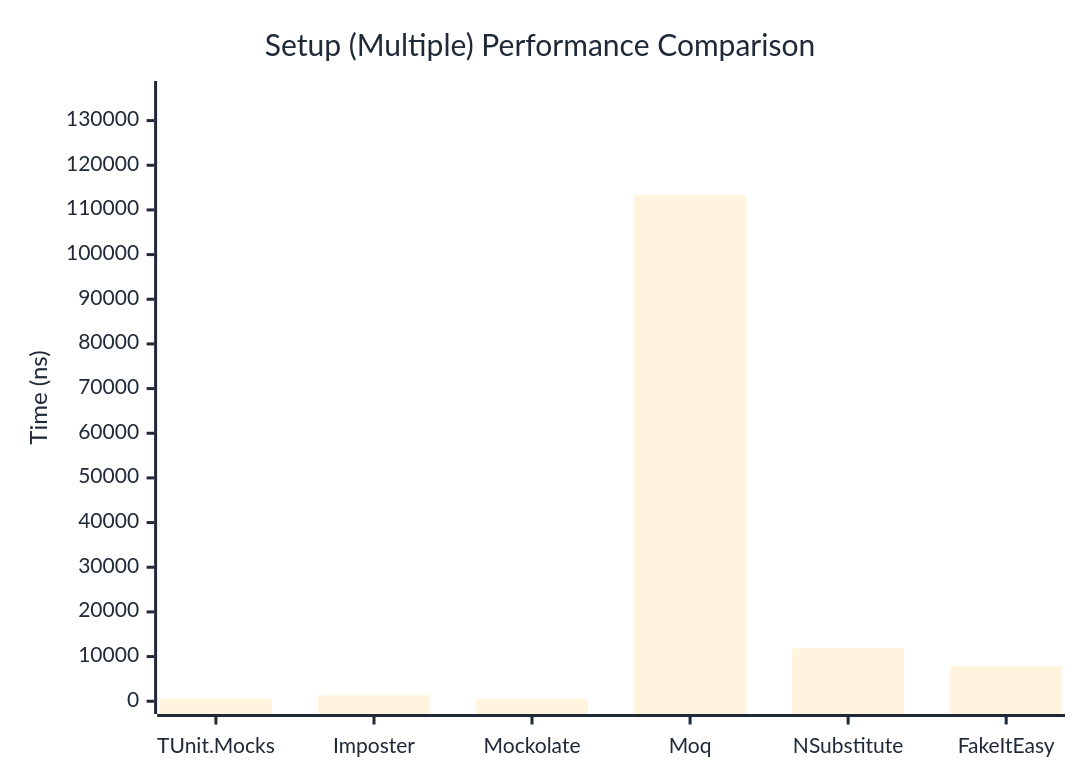
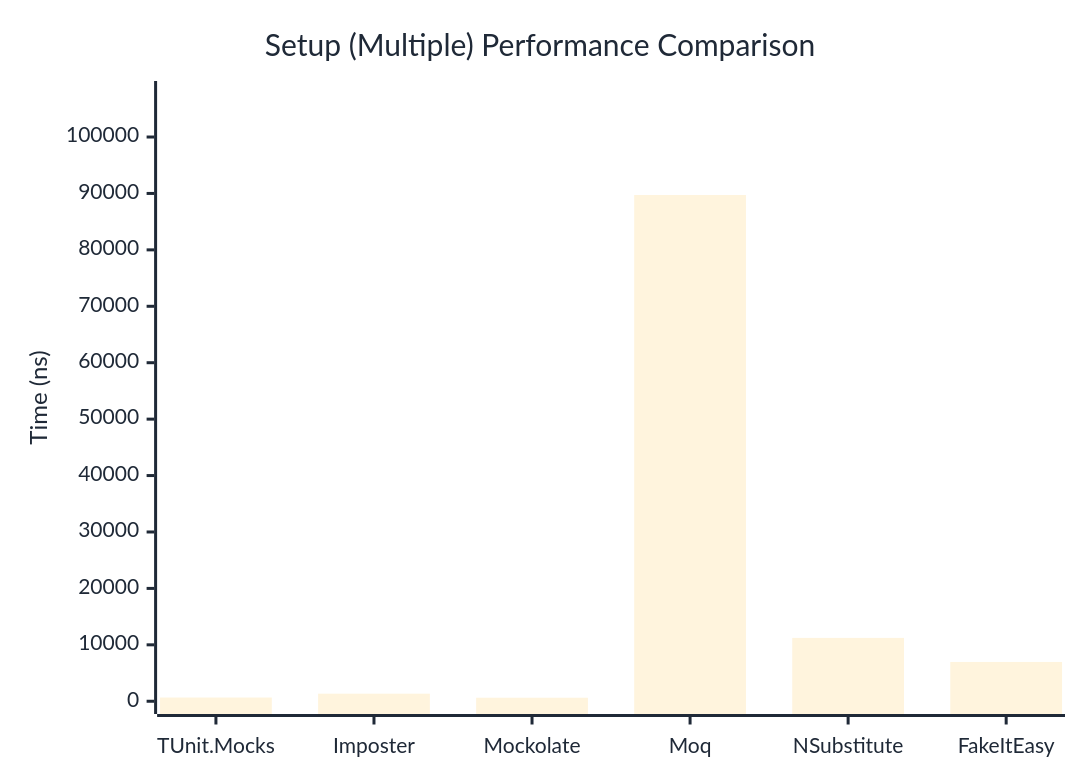
The second of 2 diagrams in docs/docs/benchmarks/mocks/Setup.md (thomhurst/TUnit), drawn with Mermaid before and after one commit. The commit also changed other lines of this file and 14 other files, not shown here.

````diff
--- a/docs/docs/benchmarks/mocks/Setup.md
+++ b/docs/docs/benchmarks/mocks/Setup.md
@@ -69,27 +69,27 @@
 ```mermaid
 %%{init: {
   'theme':'base',
   'themeVariables': {
     'primaryColor': '#2563eb',
     'primaryTextColor': '#1f2937',
     'primaryBorderColor': '#1e40af',
     'lineColor': '#6b7280',
     'secondaryColor': '#7c3aed',
     'tertiaryColor': '#dc2626',
     'background': '#ffffff',
     'pie1': '#2563eb',
     'pie2': '#7c3aed',
     'pie3': '#dc2626',
     'pie4': '#f59e0b',
     'pie5': '#10b981',
     'pie6': '#06b6d4',
     'pie7': '#ec4899',
     'pie8': '#6366f1'
   }
 }}%%
 xychart-beta
   title "Setup (Multiple) Performance Comparison"
   x-axis ["TUnit.Mocks", "Imposter", "Mockolate", "Moq", "NSubstitute", "FakeItEasy"]
-  y-axis "Time (ns)" 0 --> 136010
-  bar [582.1, 1316.3, 534.1, 113341, 11891.6, 7887]
+  y-axis "Time (ns)" 0 --> 107668
+  bar [659.5, 1341.4, 623, 89722.8, 11226.4, 6963.2]
 ```
````
